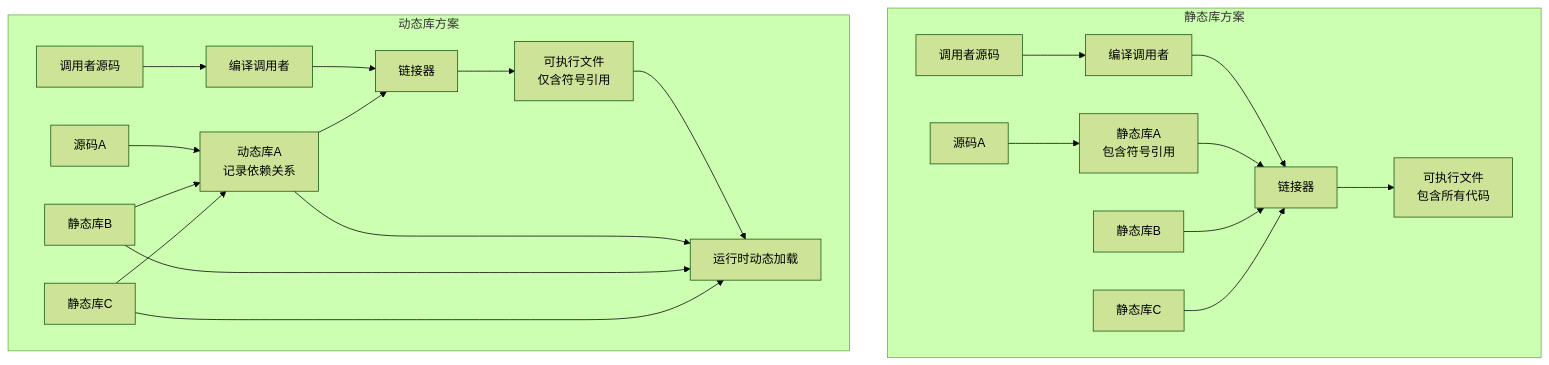
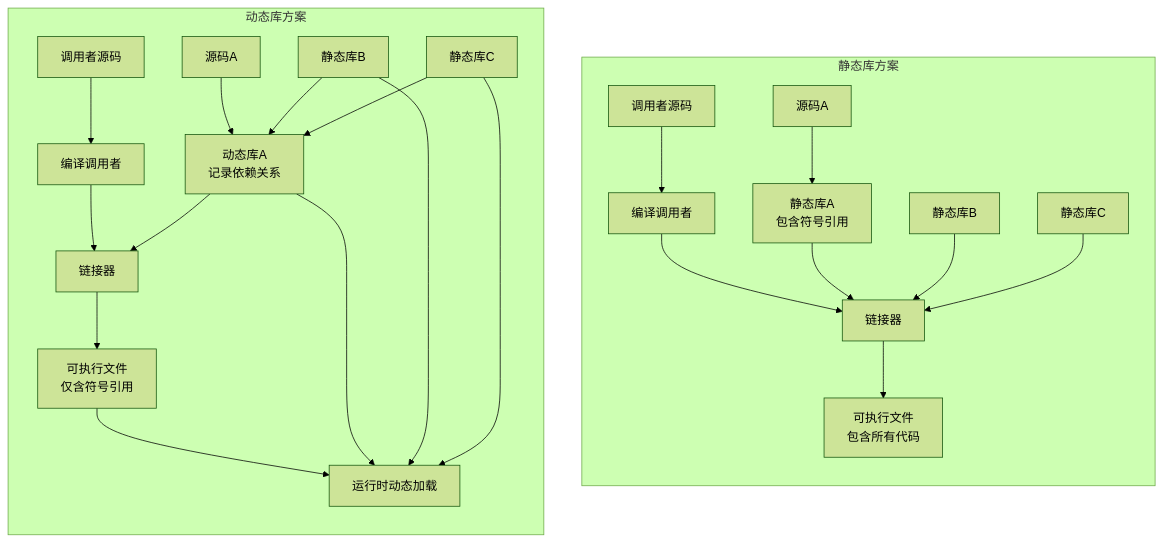
Before and after one commit to peterlau123/peterlau123.github.io: the diagram in _posts/software_engineering/2024-11-13-一个编译链接的例子.md, drawn with Mermaid (forest theme).

Commit message:
feat: add mermaid support

```diff
--- a/_posts/software_engineering/2024-11-13-一个编译链接的例子.md
+++ b/_posts/software_engineering/2024-11-13-一个编译链接的例子.md
@@ -15,26 +15,28 @@
 <div class="mermaid">
-graph TD
+flowchart TD
     subgraph "静态库方案"
-        A1[源码A] --> B1[静态库A<br/>包含符号引用]
-        C1[调用者源码] --> D1[编译调用者]
-        D1 --> E1[链接器]
+        direction TB
+        A1["源码A"] --> B1["静态库A<br/>包含符号引用"]
+        C1["调用者源码"] --> D1["编译调用者"]
+        D1 --> E1["链接器"]
         B1 --> E1
-        F1[静态库B] --> E1
-        G1[静态库C] --> E1
-        E1 --> H1[可执行文件<br/>包含所有代码]
+        F1["静态库B"] --> E1
+        G1["静态库C"] --> E1
+        E1 --> H1["可执行文件<br/>包含所有代码"]
     end
 
     subgraph "动态库方案"
-        A2[源码A] --> B2[动态库A<br/>记录依赖关系]
-        F2[静态库B] --> B2
-        G2[静态库C] --> B2
-        C2[调用者源码] --> D2[编译调用者]
-        D2 --> E2[链接器]
+        direction TB
+        A2["源码A"] --> B2["动态库A<br/>记录依赖关系"]
+        F2["静态库B"] --> B2
+        G2["静态库C"] --> B2
+        C2["调用者源码"] --> D2["编译调用者"]
+        D2 --> E2["链接器"]
         B2 --> E2
-        E2 --> H2[可执行文件<br/>仅含符号引用]
-        H2 --> I2[运行时动态加载]
+        E2 --> H2["可执行文件<br/>仅含符号引用"]
+        H2 --> I2["运行时动态加载"]
         B2 --> I2
         F2 --> I2
         G2 --> I2
     end
 </div>
```
